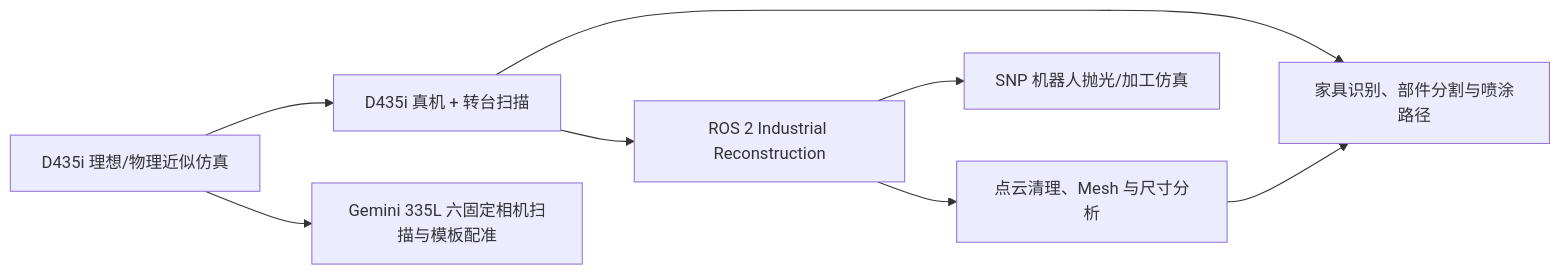
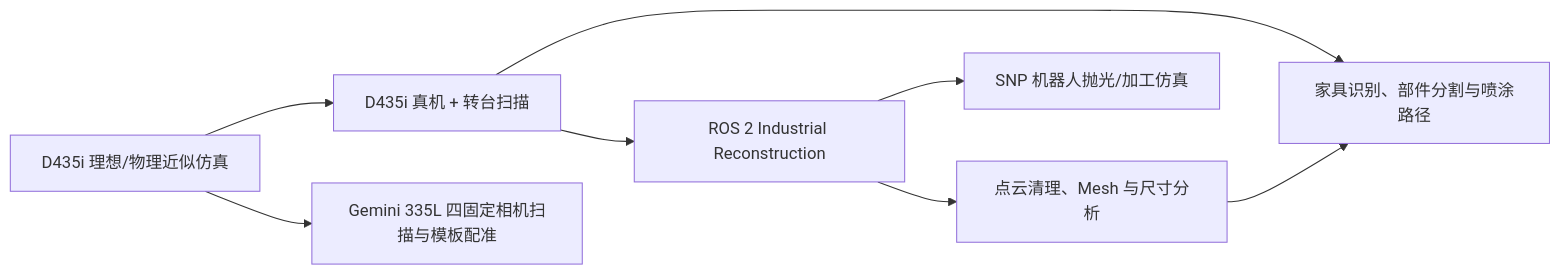
The diagram in README.md (zqdbb/arm), drawn with Mermaid before and after one commit. The commit also changed other lines of this file and 2 other files, not shown here.

````diff
--- a/README.md
+++ b/README.md
@@ -20,10 +20,10 @@
 ```mermaid
 flowchart LR
     A[D435i 理想/物理近似仿真] --> B[D435i 真机 + 转台扫描]
     B --> C[ROS 2 Industrial Reconstruction]
     C --> D[点云清理、Mesh 与尺寸分析]
-    A --> E[Gemini 335L 六固定相机扫描与模板配准]
+    A --> E[Gemini 335L 四固定相机扫描与模板配准]
     B --> F[家具识别、部件分割与喷涂路径]
     D --> F
     C --> G[SNP 机器人抛光/加工仿真]
 ```
````
